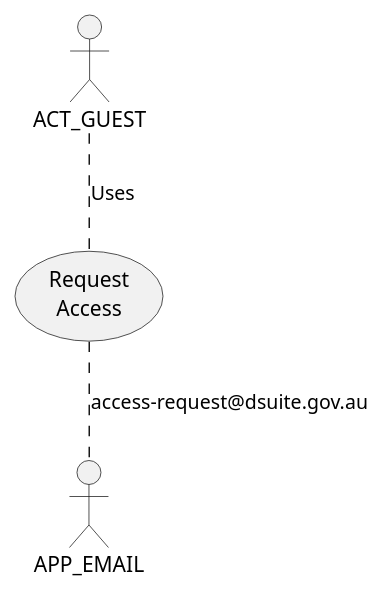
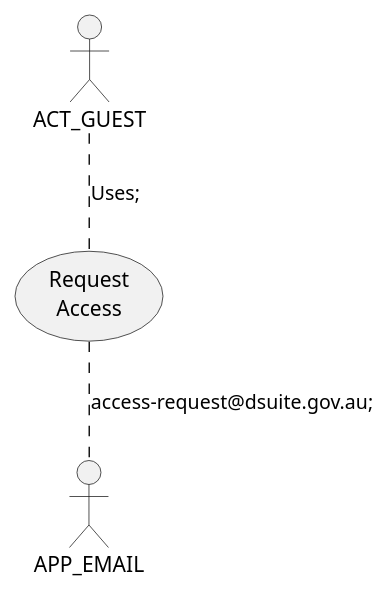
One commit to petersgiles/silver-octo-architecture changed the diagram in content/docs/dsuite/01_Scenarios/01_Use_Cases/people/functions/guest.md. Above: the diagram before and after it, drawn with PlantUML. The commit also changed other lines of this file and 12 other files, not shown here.

````diff
--- a/content/docs/dsuite/01_Scenarios/01_Use_Cases/people/functions/guest.md
+++ b/content/docs/dsuite/01_Scenarios/01_Use_Cases/people/functions/guest.md
@@ -7,9 +9,4 @@
-```plantuml
-@startuml
-
-
-ACT_GUEST .. (Request\nAccess) : Uses
-(Request\nAccess) .down. APP_EMAIL : access-request@dsuite.gov.au
-
-@enduml
-```
+@startuml;
+ACT_GUEST .. (Request\nAccess) : Uses;
+(Request\nAccess) .down. APP_EMAIL : access-request@dsuite.gov.au;
+@enduml;
````
